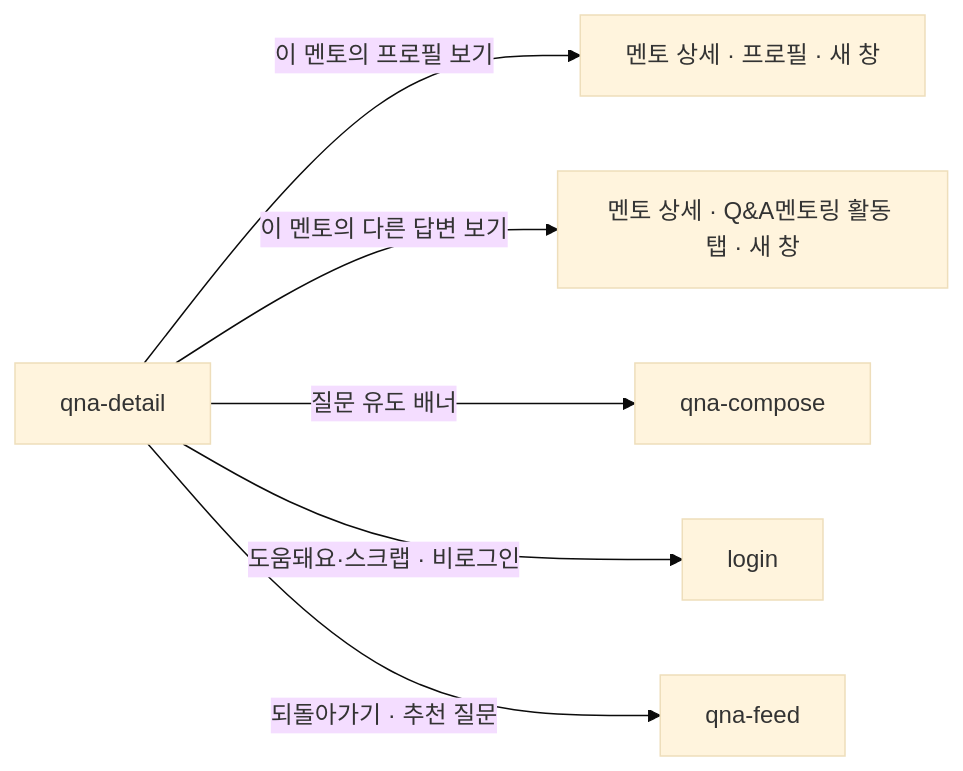
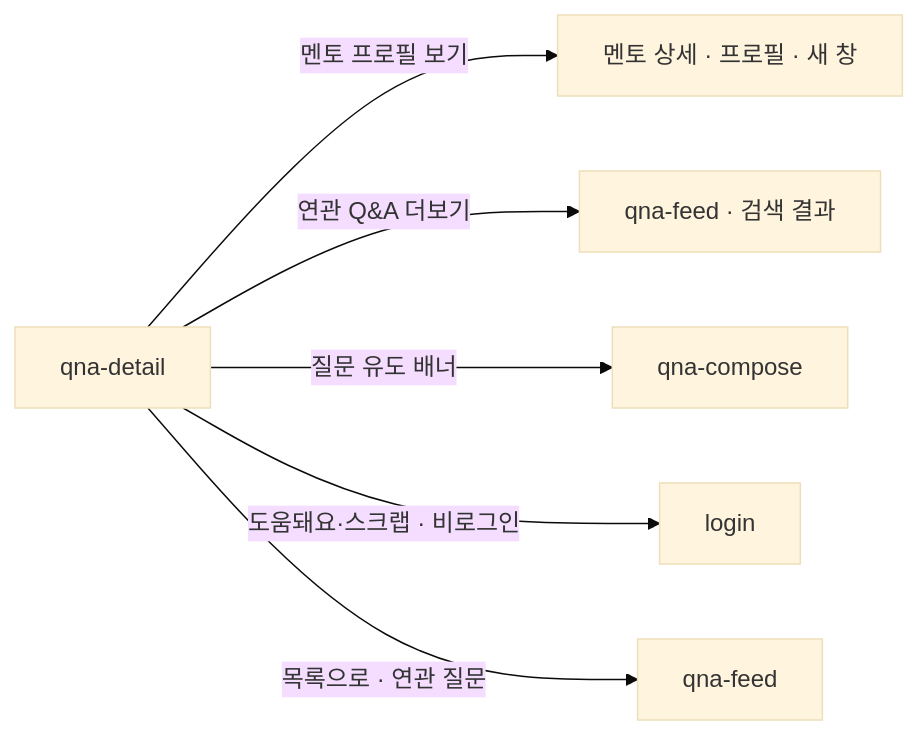
One commit to jisoo-y-mentree/mentree2-pd-fe changed the diagram in design/screens/qna-detail/UI-SPEC.md. Above: the diagram before and after it, drawn with Mermaid (base theme). The commit also changed other lines of this file and 40 other files, not shown here.

````diff
--- a/design/screens/qna-detail/UI-SPEC.md
+++ b/design/screens/qna-detail/UI-SPEC.md
@@ -195,15 +219,15 @@
 ```mermaid
 flowchart LR
   qad["qna-detail"]
   mdetP["멘토 상세 · 프로필 · 새 창"]
-  mdetQ["멘토 상세 · Q&A멘토링 활동 탭 · 새 창"]
+  search["qna-feed · 검색 결과"]
   comp["qna-compose"]
   login["login"]
   qa["qna-feed"]
 
-  qad -->|"이 멘토의 프로필 보기"| mdetP
-  qad -->|"이 멘토의 다른 답변 보기"| mdetQ
+  qad -->|"멘토 프로필 보기"| mdetP
+  qad -->|"연관 Q&A 더보기"| search
   qad -->|"질문 유도 배너"| comp
   qad -->|"도움돼요·스크랩 · 비로그인"| login
-  qad -->|"되돌아가기 · 추천 질문"| qa
+  qad -->|"목록으로 · 연관 질문"| qa
 ```
````
